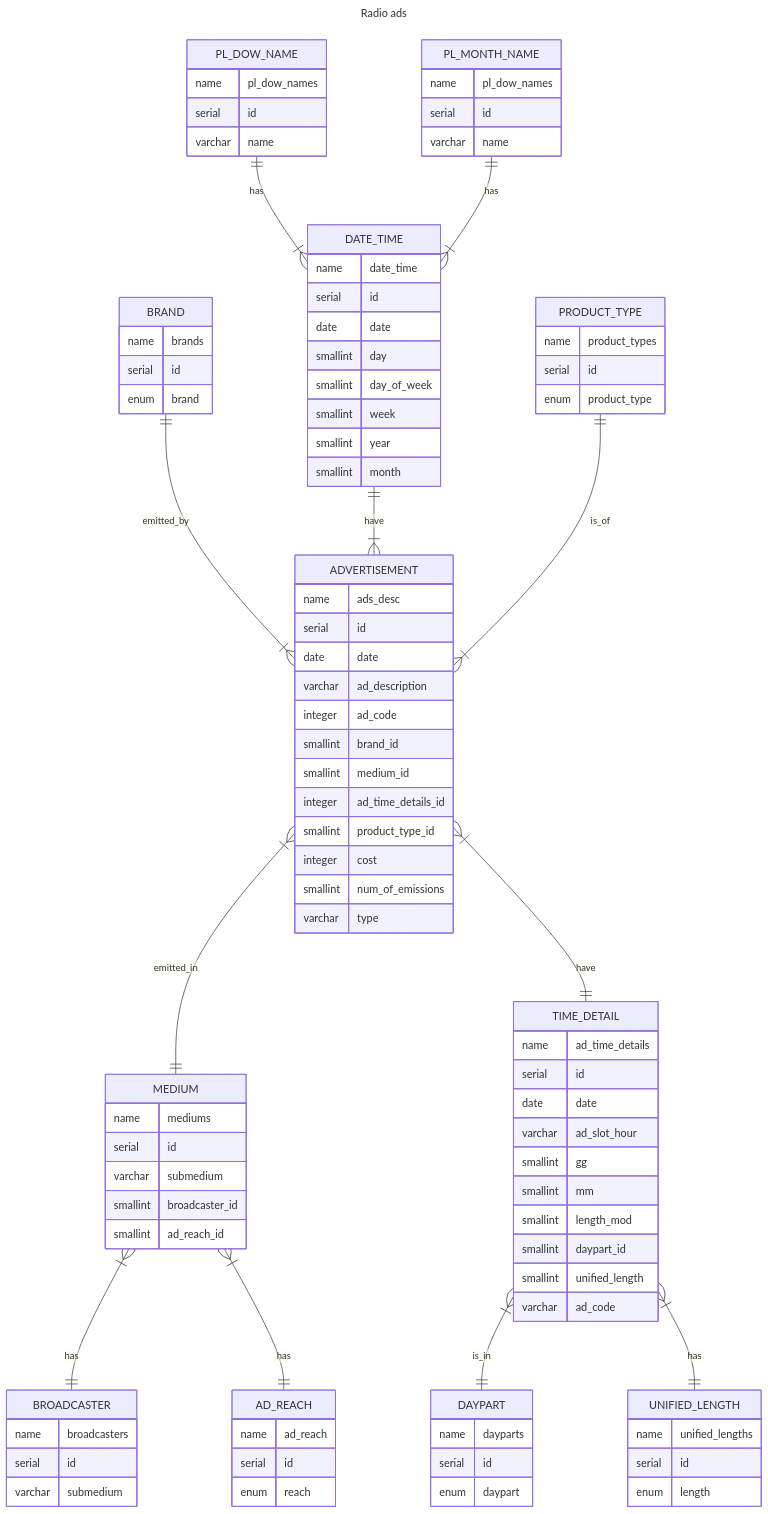
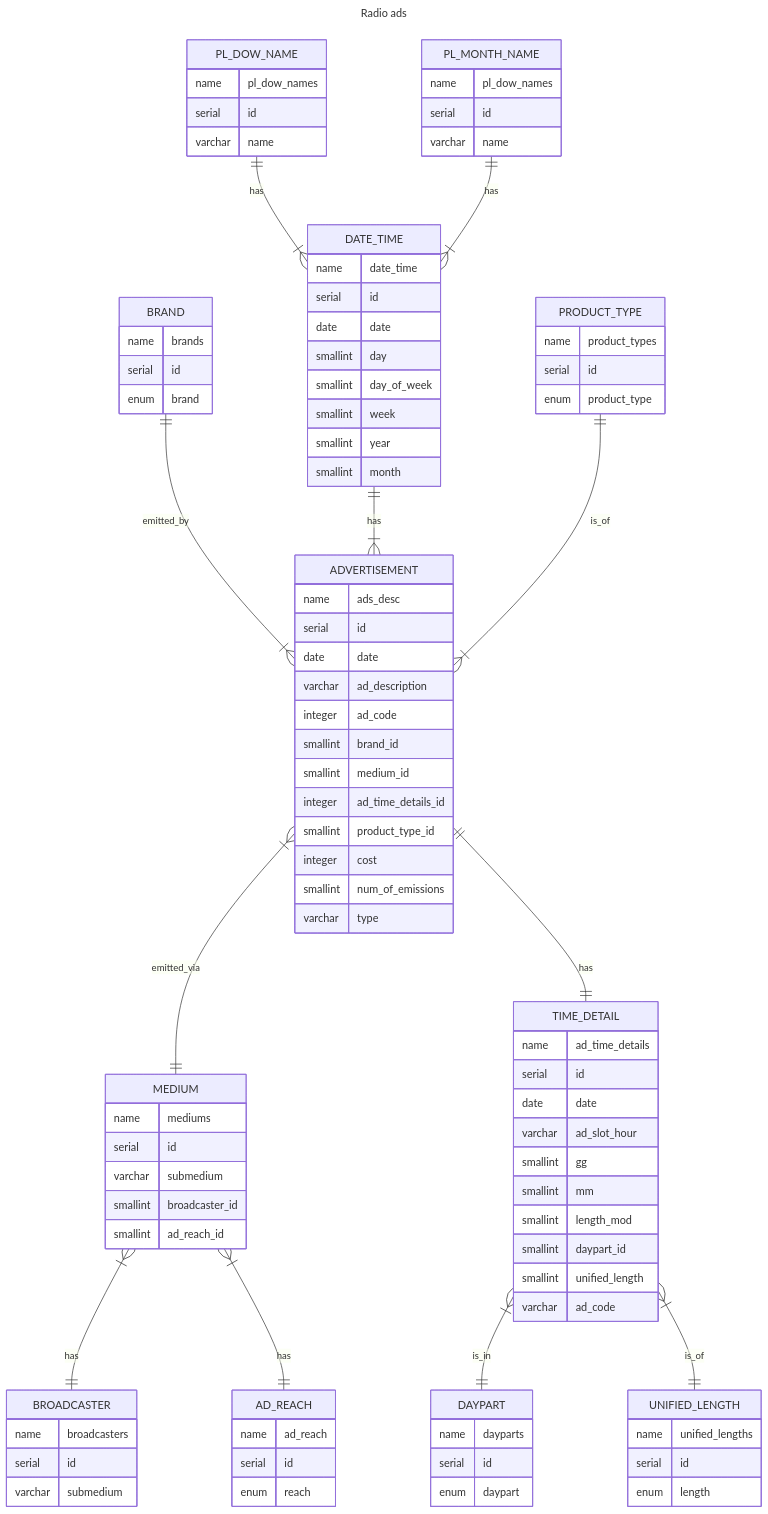
Before and after one commit to MrSz-84/cs50sql_fin: the diagram in DESIGN.md, drawn with Mermaid. The commit also changed other lines of this file, not shown here.

```diff
--- a/DESIGN.md
+++ b/DESIGN.md
@@ -45,11 +106,11 @@
     MEDIUM        }|--|| BROADCASTER : has
     MEDIUM        }|--|| AD_REACH : has
     TIME_DETAIL   }|--|| DAYPART : is_in
-    TIME_DETAIL   }|--|| UNIFIED_LENGTH : has
+    TIME_DETAIL   }|--|| UNIFIED_LENGTH : is_of
     BRAND         ||--|{ ADVERTISEMENT : emitted_by
-    ADVERTISEMENT }|--|| MEDIUM : emitted_in
-    ADVERTISEMENT }|--|| TIME_DETAIL  : have
-    DATE_TIME     ||--|{ ADVERTISEMENT : have
+    ADVERTISEMENT }|--|| MEDIUM : emitted_via
+    ADVERTISEMENT ||--|| TIME_DETAIL  : has
+    DATE_TIME     ||--|{ ADVERTISEMENT : has
     PRODUCT_TYPE  ||--|{ ADVERTISEMENT : is_of
 
     PRODUCT_TYPE {
```
